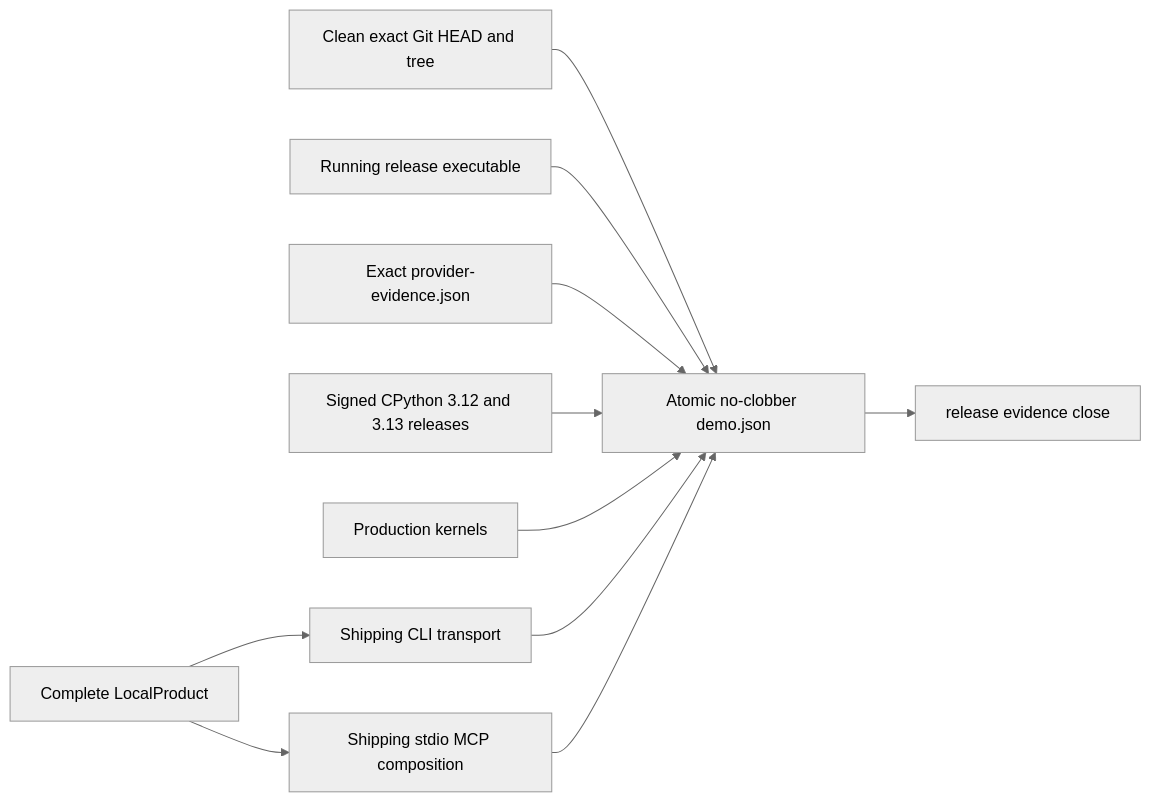
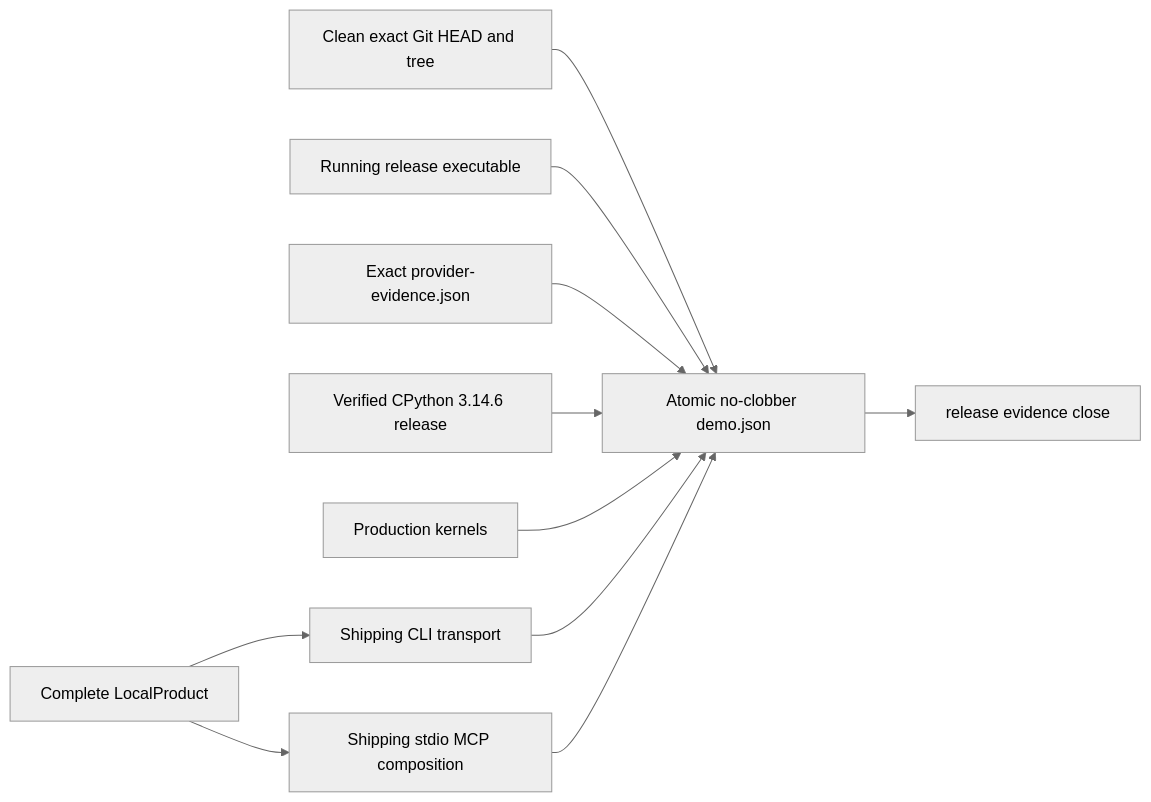
One commit to Sawmonabo/market-squawk changed the diagram in docs/verification/usable-release-demonstration.md. Above: the diagram before and after it, drawn with Mermaid (neutral theme). The commit also changed other lines of this file and 13 other files, not shown here.

````diff
--- a/docs/verification/usable-release-demonstration.md
+++ b/docs/verification/usable-release-demonstration.md
@@ -42,22 +42,22 @@
 ```mermaid
 flowchart LR
     Repo["Clean exact Git HEAD and tree"]
     Binary["Running release executable"]
     Providers["Exact provider-evidence.json"]
-    Python["Signed CPython 3.12 and 3.13 releases"]
+    Python["Verified CPython 3.14.6 release"]
     Kernels["Production kernels"]
     Product["Complete LocalProduct"]
     CLI["Shipping CLI transport"]
     MCP["Shipping stdio MCP composition"]
     Demo["Atomic no-clobber demo.json"]
     Close["release evidence close"]
 
     Repo --> Demo
     Binary --> Demo
     Providers --> Demo
     Python --> Demo
     Kernels --> Demo
     Product --> CLI --> Demo
     Product --> MCP --> Demo
     Demo --> Close
 ```
````
